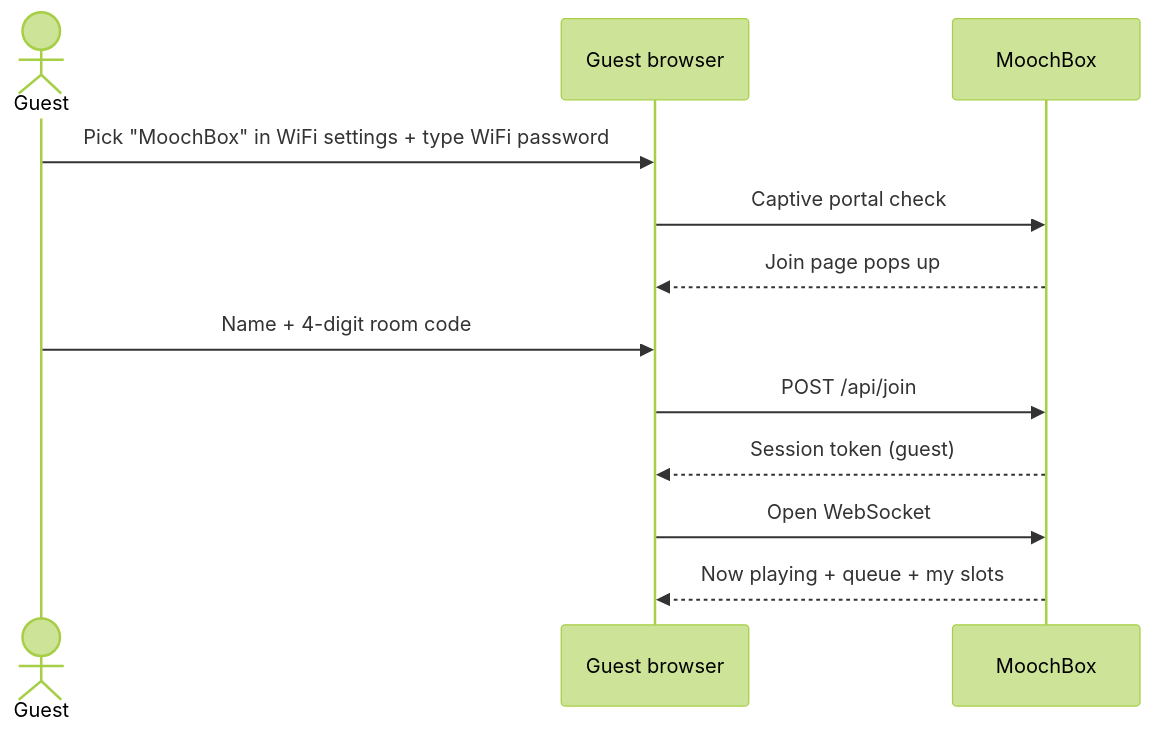
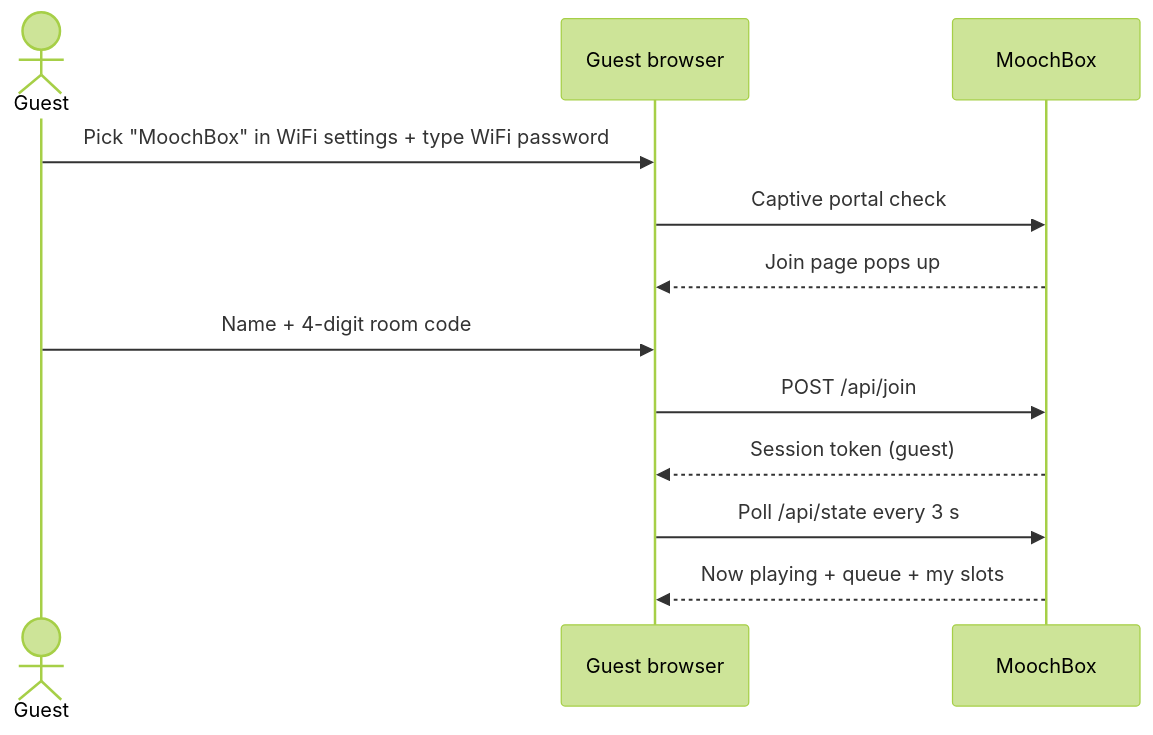
The third of 5 diagrams in plan.md (arshiyasharma/MoochBox), drawn with Mermaid (forest theme) before and after one commit. The commit also changed other lines of this file and 16 other files, not shown here.

````diff
--- a/plan.md
+++ b/plan.md
@@ -244,15 +244,15 @@
 ```mermaid
 sequenceDiagram
     actor Guest
     participant Phone as Guest browser
     participant ESP as MoochBox
 
     Guest->>Phone: Pick "MoochBox" in WiFi settings + type WiFi password
     Phone->>ESP: Captive portal check
     ESP-->>Phone: Join page pops up
     Guest->>Phone: Name + 4-digit room code
     Phone->>ESP: POST /api/join
     ESP-->>Phone: Session token (guest)
-    Phone->>ESP: Open WebSocket
+    Phone->>ESP: Poll /api/state every 3 s
     ESP-->>Phone: Now playing + queue + my slots
 ```
````
